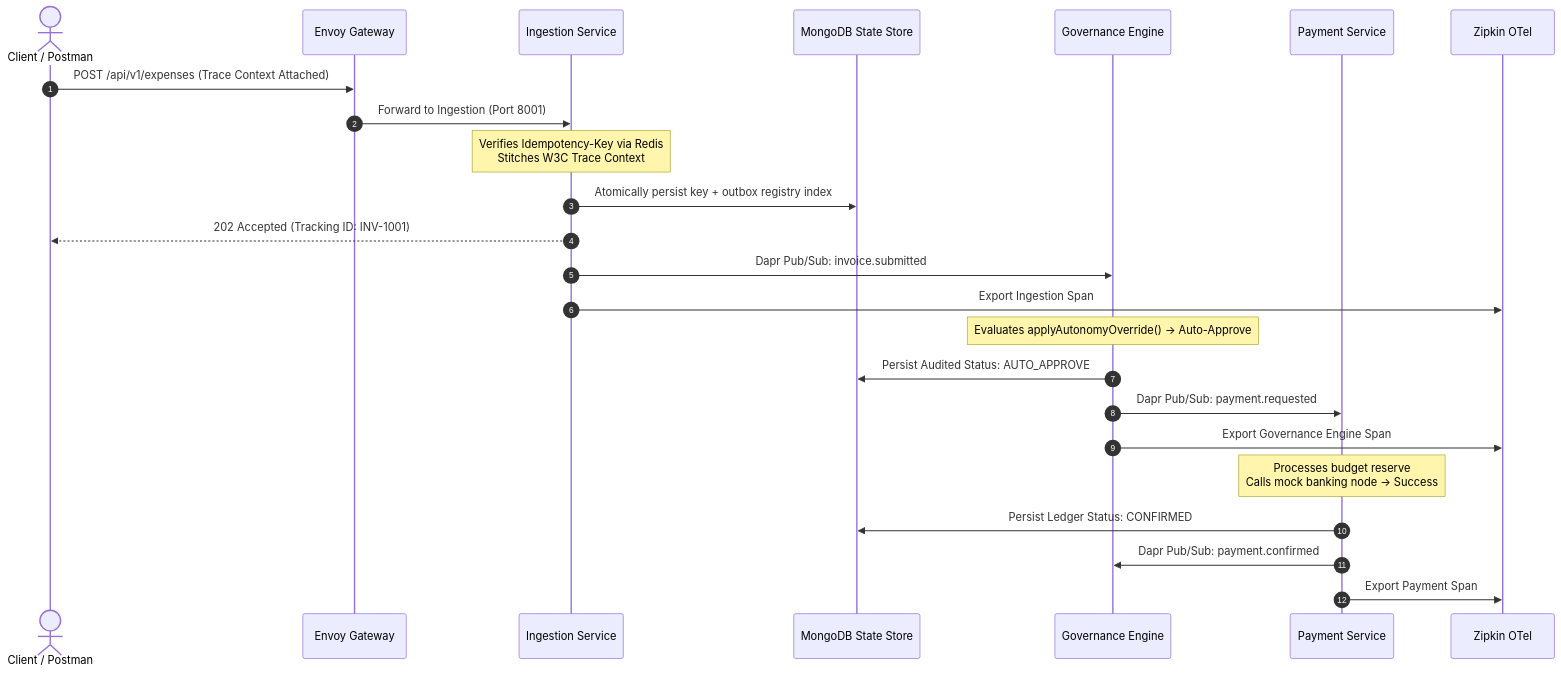
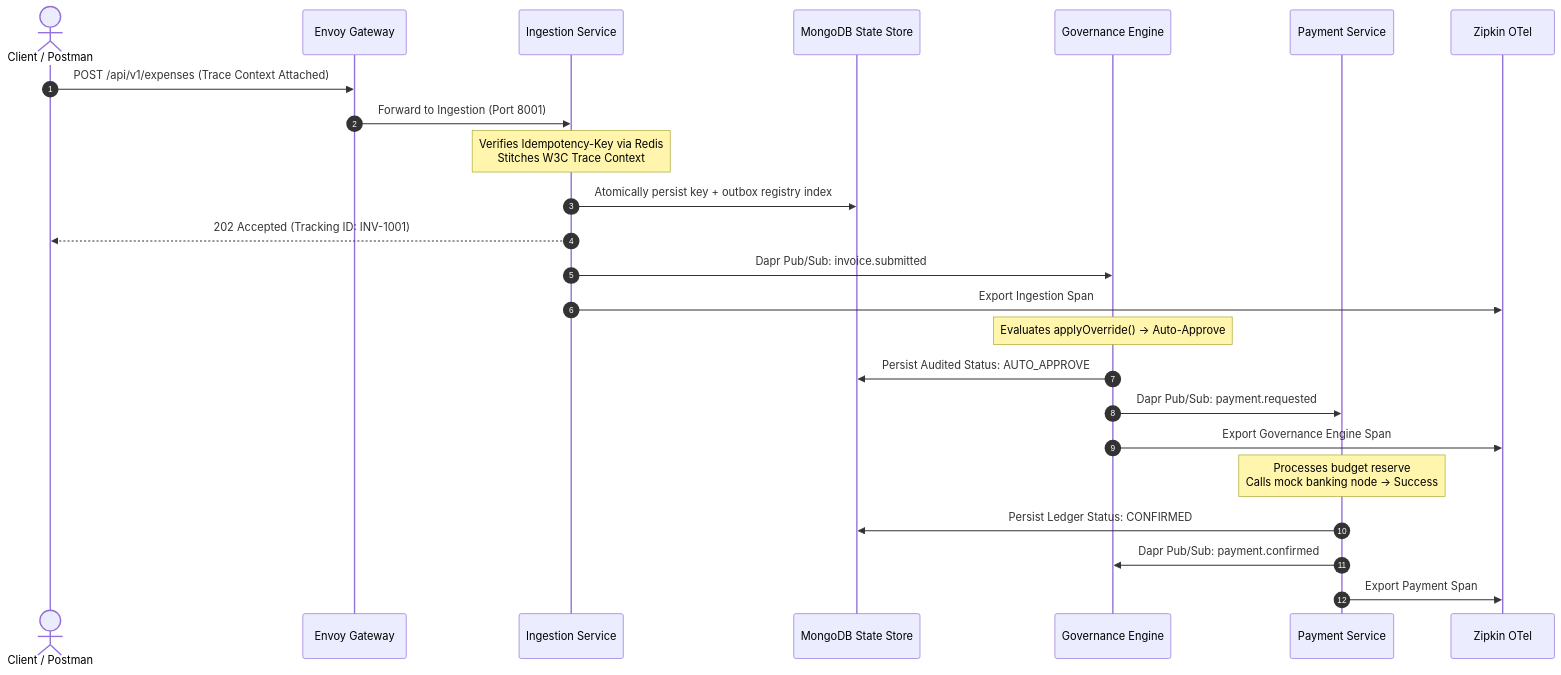
Before and after one commit to roman-shneer/InvoiceApprovalFlow: the second of 4 diagrams in docs/ARCHITECTURE.md, drawn with Mermaid. The commit also changed other lines of this file and 12 other files, not shown here.

````diff
--- a/docs/ARCHITECTURE.md
+++ b/docs/ARCHITECTURE.md
@@ -67,31 +67,31 @@
 ```mermaid
 sequenceDiagram
     autonumber
     actor Client as Client / Postman
     participant Envoy as Envoy Gateway
     participant IS as Ingestion Service
     participant DB as MongoDB State Store
     participant GS as Governance Engine
     participant PS as Payment Service
     participant ZK as Zipkin OTel
 
     Client->>Envoy: POST /api/v1/expenses (Trace Context Attached)
     Envoy->>IS: Forward to Ingestion (Port 8001)
     Note over IS: Verifies Idempotency-Key via Redis<br/>Stitches W3C Trace Context
     IS->>DB: Atomically persist key + outbox registry index
     IS-->>Client: 202 Accepted (Tracking ID: INV-1001)
     
     IS->>GS: Dapr Pub/Sub: invoice.submitted
     IS->>ZK: Export Ingestion Span
     
-    Note over GS: Evaluates applyAutonomyOverride() -> Auto-Approve
+    Note over GS: Evaluates applyOverride() -> Auto-Approve
     GS->>DB: Persist Audited Status: AUTO_APPROVE
     
     GS->>PS: Dapr Pub/Sub: payment.requested
     GS->>ZK: Export Governance Engine Span
     
     Note over PS: Processes budget reserve<br/>Calls mock banking node -> Success
     PS->>DB: Persist Ledger Status: CONFIRMED
     PS->>GS: Dapr Pub/Sub: payment.confirmed
     PS->>ZK: Export Payment Span
 ```
````
